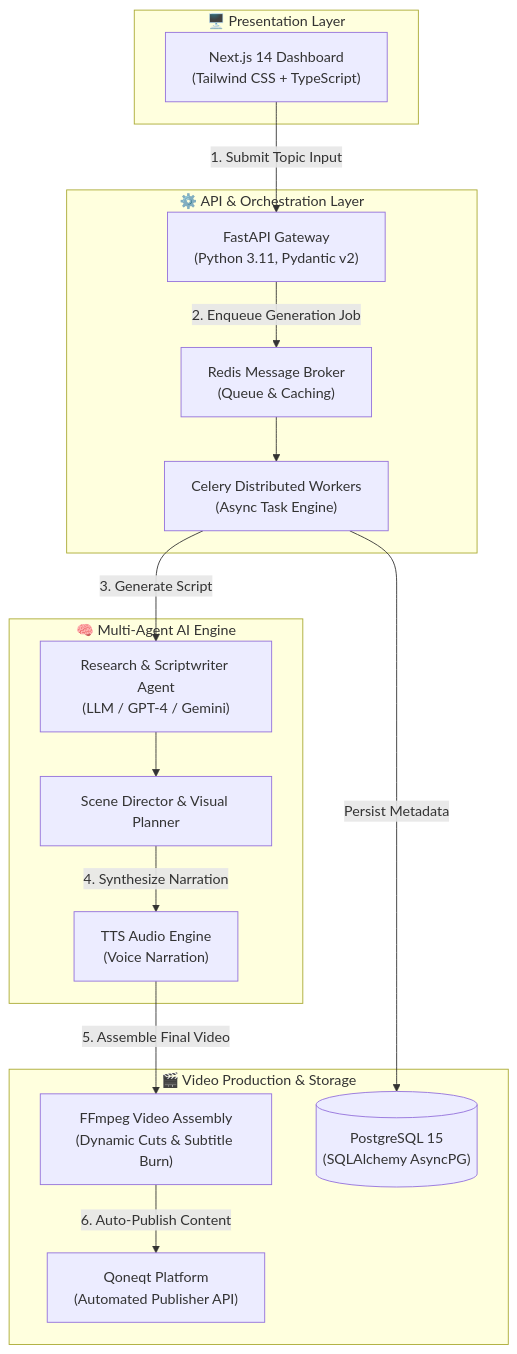
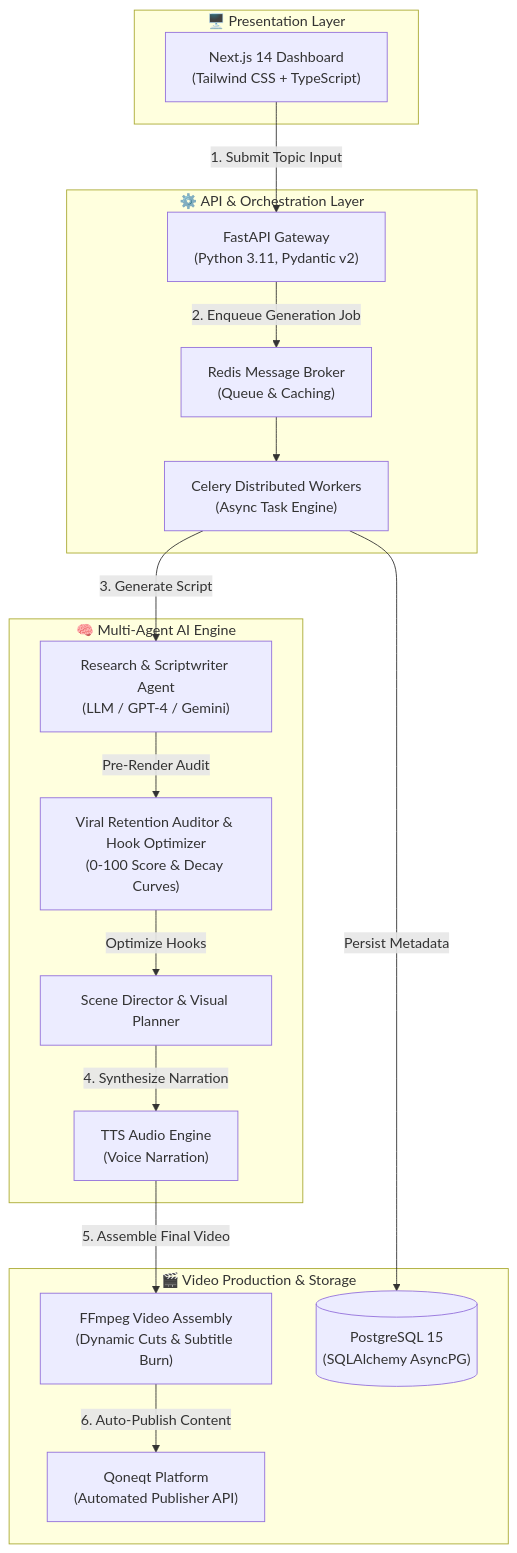
One commit to prachizala/Qoneqt-ContentOS changed the diagram in README.md. Above: the diagram before and after it, drawn with Mermaid. The commit also changed other lines of this file and 5 other files, not shown here.

Commit message:
feat(ai): integrate automated viral retention scoring & 1-click hook optimization engine

````diff
--- a/README.md
+++ b/README.md
@@ -47,34 +49,36 @@
 ```mermaid
 flowchart TD
     subgraph Client ["🖥️ Presentation Layer"]
         UI["Next.js 14 Dashboard<br/>(Tailwind CSS + TypeScript)"]
     end
 
     subgraph API ["⚙️ API & Orchestration Layer"]
         FastAPI["FastAPI Gateway<br/>(Python 3.11, Pydantic v2)"]
         Redis["Redis Message Broker<br/>(Queue & Caching)"]
         Celery["Celery Distributed Workers<br/>(Async Task Engine)"]
     end
 
     subgraph Intelligence ["🧠 Multi-Agent AI Engine"]
         ScriptAgent["Research & Scriptwriter Agent<br/>(LLM / GPT-4 / Gemini)"]
+        AuditorAgent["Viral Retention Auditor & Hook Optimizer<br/>(0-100 Score & Decay Curves)"]
         DirectorAgent["Scene Director & Visual Planner"]
         TTS["TTS Audio Engine<br/>(Voice Narration)"]
     end
 
     subgraph Media ["🎬 Video Production & Storage"]
         FFmpeg["FFmpeg Video Assembly<br/>(Dynamic Cuts & Subtitle Burn)"]
         Postgres[("PostgreSQL 15<br/>(SQLAlchemy AsyncPG)")]
         QoneqtAPI["Qoneqt Platform<br/>(Automated Publisher API)"]
     end
 
     UI -->|1. Submit Topic Input| FastAPI
     FastAPI -->|2. Enqueue Generation Job| Redis
     Redis --> Celery
     Celery -->|3. Generate Script| ScriptAgent
-    ScriptAgent --> DirectorAgent
+    ScriptAgent -->|Pre-Render Audit| AuditorAgent
+    AuditorAgent -->|Optimize Hooks| DirectorAgent
     DirectorAgent -->|4. Synthesize Narration| TTS
     TTS -->|5. Assemble Final Video| FFmpeg
     Celery -->|Persist Metadata| Postgres
     FFmpeg -->|6. Auto-Publish Content| QoneqtAPI
 ```
````
